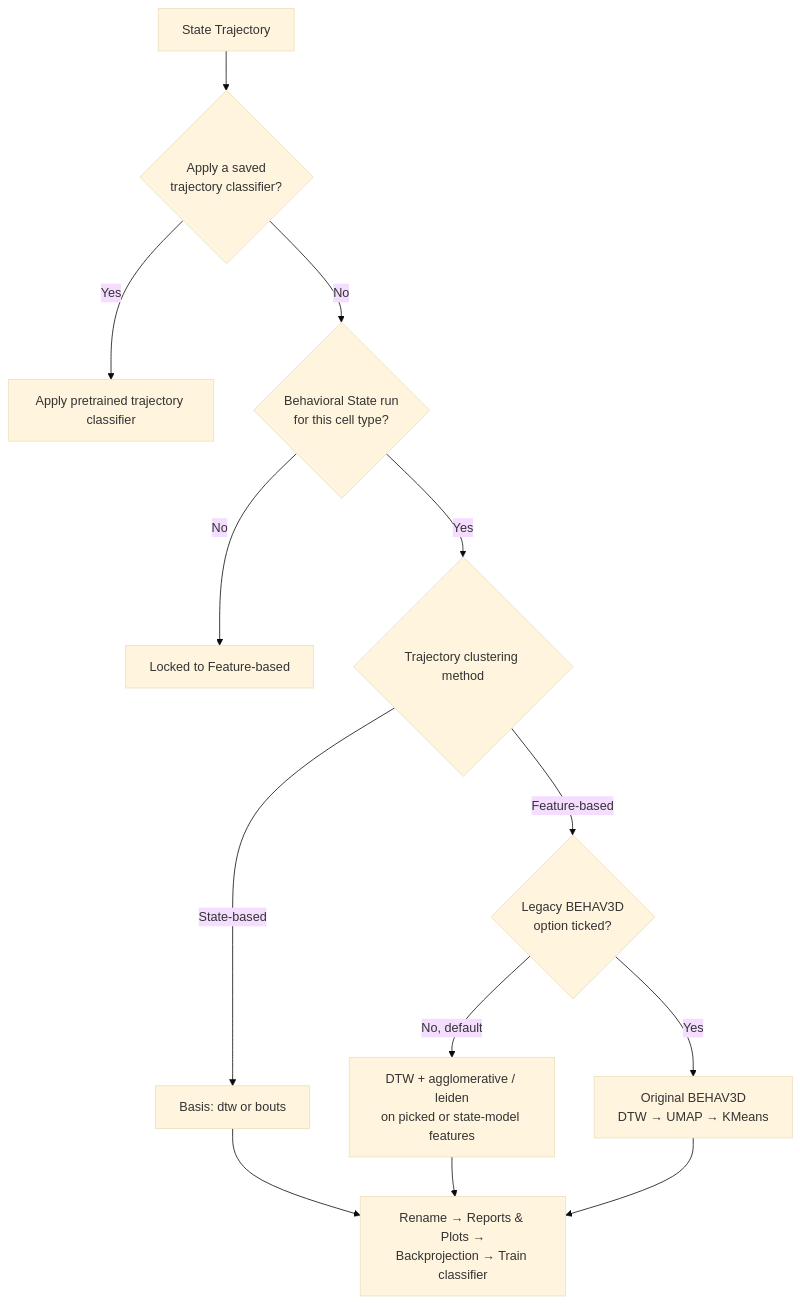
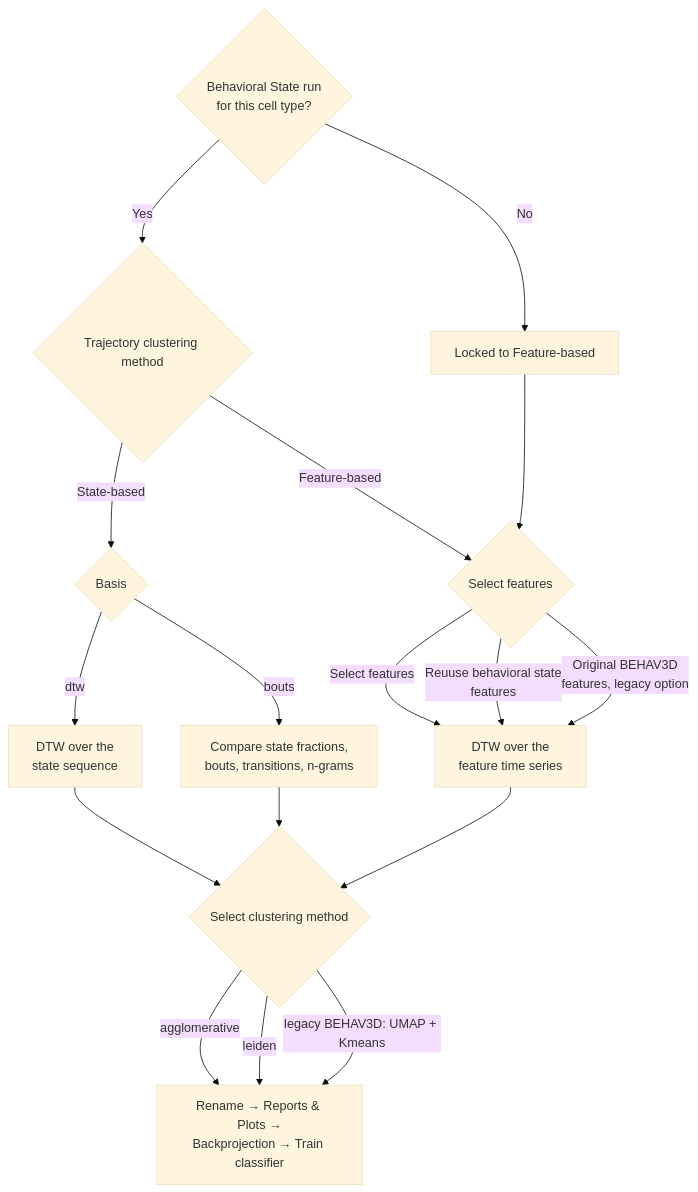
One commit to imAIgene-Dream3D/BEHAV3D-Explorer changed the diagram in docs/source/analysis/single_cell/track_classification.md. Above: the diagram before and after it, drawn with Mermaid (base theme). The commit also changed other lines of this file and 7 other files, not shown here.

````diff
--- a/docs/source/analysis/single_cell/track_classification.md
+++ b/docs/source/analysis/single_cell/track_classification.md
@@ -32,15 +58,20 @@
 ```{mermaid}
 flowchart TD
-    A[State Trajectory] --> B{Apply a saved<br/>trajectory classifier?}
-    B -->|Yes| C[Apply pretrained trajectory classifier]
-    B -->|No| E{Behavioral State run<br/>for this cell type?}
+    E{Behavioral State run<br/>for this cell type?}
+    E -->|Yes| G{Trajectory clustering method}
     E -->|No| F[Locked to Feature-based]
-    E -->|Yes| G{Trajectory clustering method}
-    G -->|State-based| H[Basis: dtw or bouts]
-    G -->|Feature-based| I{Legacy BEHAV3D<br/>option ticked?}
-    I -->|No, default| J[DTW + agglomerative / leiden<br/>on picked or state-model features]
-    I -->|Yes| K[Original BEHAV3D<br/>DTW → UMAP → KMeans]
-    H --> L[Rename → Reports & Plots →<br/>Backprojection → Train classifier]
-    J --> L
-    K --> L
+    G -->|State-based| S{Basis}
+    G -->|Feature-based| FS{Select features}
+    F --> FS
+    S -->|dtw| SD[DTW over the<br/>state sequence]
+    S -->|bouts| SB[Compare state fractions,<br/>bouts, transitions, n-grams]
+    FS -->|Select features| FD[DTW over the<br/>feature time series]
+    FS -->|Reuuse behavioral state<br/> features| FD
+    FS -->|Original BEHAV3D<br/>features, legacy option| FD
+    SD --> M{Select clustering method}
+    SB --> M
+    FD --> M
+    M -->|agglomerative| L[Rename → Reports & Plots →<br/>Backprojection → Train classifier]
+    M -->|leiden| L
+    M -->|legacy BEHAV3D: UMAP + Kmeans | L
 ```
````
